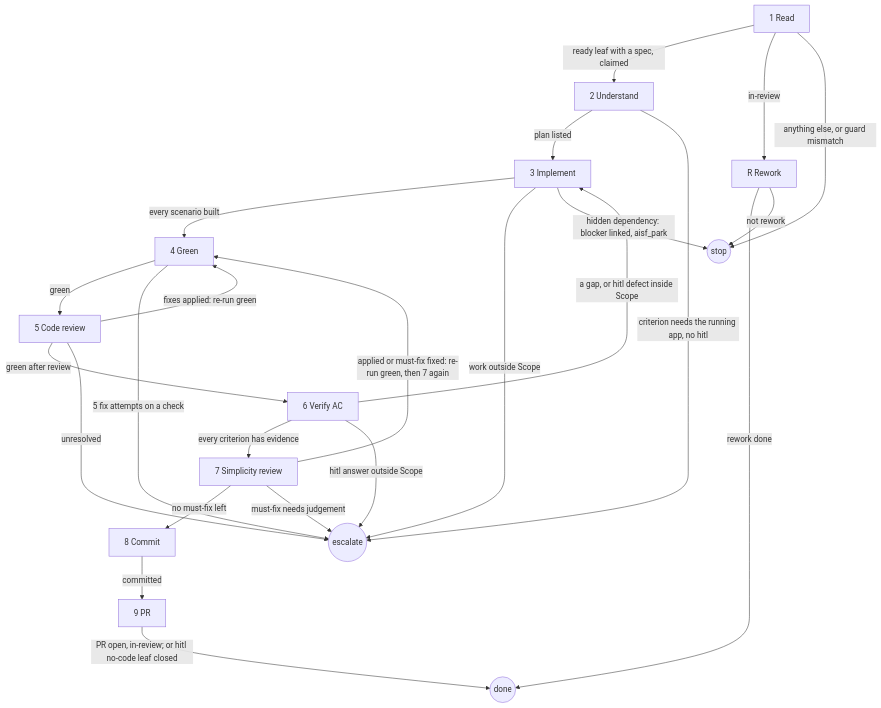
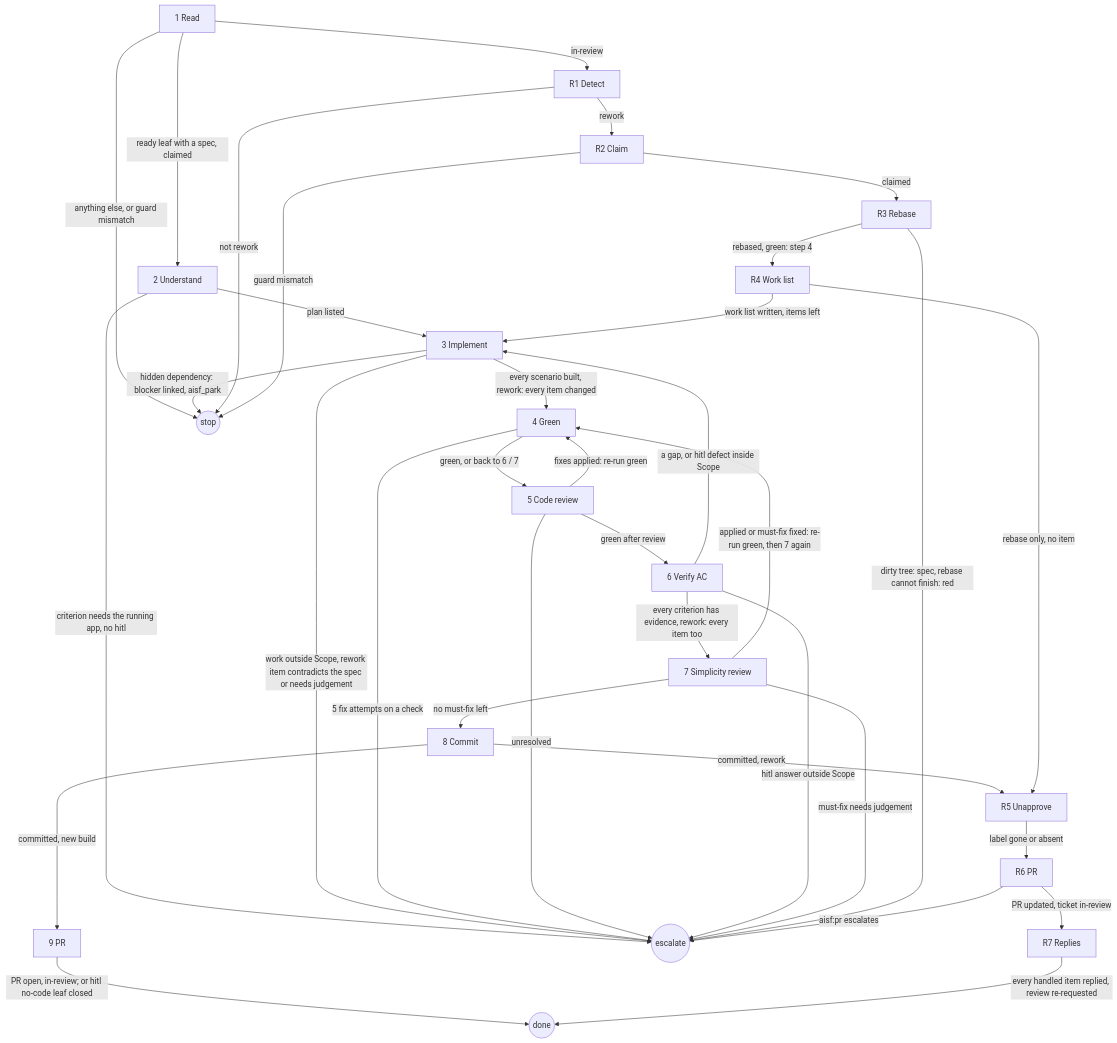
The diagram in packages/plugin/commands/implement-ticket/SKILL.md (MoritzKopmann/AISoftwareFactory), drawn with Mermaid before and after one commit. The commit also changed other lines of this file, not shown here.

First line of the commit message:
feat(plugin): rework in-review PRs through implement-ticket gates

````diff
--- a/packages/plugin/commands/implement-ticket/SKILL.md
+++ b/packages/plugin/commands/implement-ticket/SKILL.md
@@ -27,26 +30,37 @@
 ```mermaid
 flowchart TD
   1[1 Read] -->|ready leaf with a spec, claimed| 2[2 Understand]
-  1 -->|in-review| R[R Rework]
+  1 -->|in-review| R1[R1 Detect]
   1 -->|anything else, or guard mismatch| S((stop))
   2 -->|plan listed| 3[3 Implement]
   2 -->|criterion needs the running app, no hitl| E((escalate))
-  3 -->|every scenario built| 4[4 Green]
-  3 -->|work outside Scope| E
+  3 -->|every scenario built, rework: every item changed| 4[4 Green]
+  3 -->|work outside Scope, rework item contradicts the spec or needs judgement| E
   3 -->|hidden dependency: blocker linked, aisf_park| S
-  4 -->|green| 5[5 Code review]
+  4 -->|green, or back to 6 / 7| 5[5 Code review]
   4 -->|5 fix attempts on a check| E
   5 -->|fixes applied: re-run green| 4
   5 -->|green after review| 6[6 Verify AC]
   5 -->|unresolved| E
-  6 -->|every criterion has evidence| 7[7 Simplicity review]
+  6 -->|every criterion has evidence, rework: every item too| 7[7 Simplicity review]
   6 -->|a gap, or hitl defect inside Scope| 3
   6 -->|hitl answer outside Scope| E
   7 -->|applied or must-fix fixed: re-run green, then 7 again| 4
   7 -->|no must-fix left| 8[8 Commit]
   7 -->|must-fix needs judgement| E
-  8 -->|committed| 9[9 PR]
+  8 -->|committed, new build| 9[9 PR]
+  8 -->|committed, rework| R5[R5 Unapprove]
   9 -->|PR open, in-review; or hitl no-code leaf closed| D((done))
-  R -->|rework done| D
-  R -->|not rework| S
+  R1 -->|rework| R2[R2 Claim]
+  R1 -->|not rework| S
+  R2 -->|claimed| R3[R3 Rebase]
+  R2 -->|guard mismatch| S
+  R3 -->|rebased, green: step 4| R4[R4 Work list]
+  R3 -->|dirty tree: spec, rebase cannot finish: red| E
+  R4 -->|work list written, items left| 3
+  R4 -->|rebase only, no item| R5
+  R5 -->|label gone or absent| R6[R6 PR]
+  R6 -->|PR updated, ticket in-review| R7[R7 Replies]
+  R6 -->|aisf:pr escalates| E
+  R7 -->|every handled item replied, review re-requested| D
 ```
````
